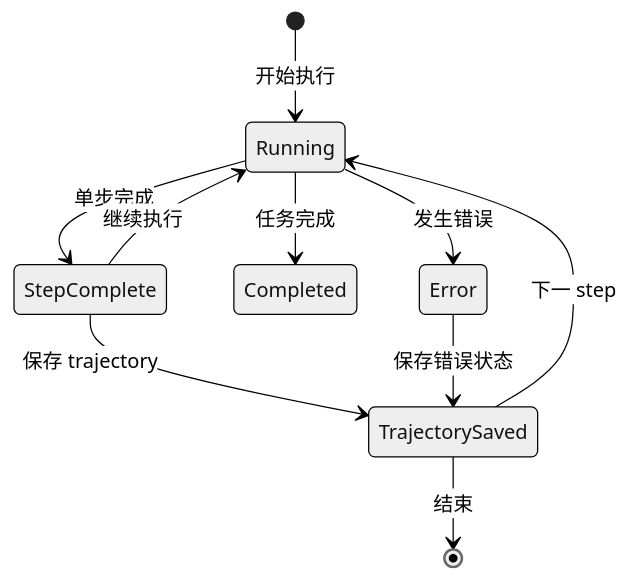
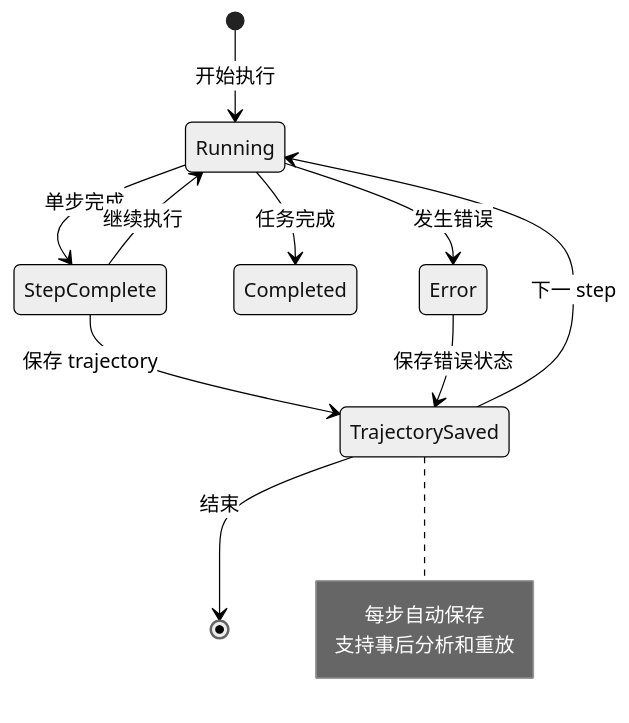
The second of 6 diagrams in docs/swe-agent/questions/swe-agent-revert-user-edit-conflict.md (giraffe-tree/agent-base), drawn with Mermaid (neutral theme) before and after one commit. The commit also changed other lines of this file and 155 other files, not shown here.

````diff
--- a/docs/swe-agent/questions/swe-agent-revert-user-edit-conflict.md
+++ b/docs/swe-agent/questions/swe-agent-revert-user-edit-conflict.md
@@ -112,12 +156,17 @@
 ```mermaid
 stateDiagram-v2
     [*] --> Running: 开始执行
     Running --> StepComplete: 单步完成
     StepComplete --> Running: 继续执行
     StepComplete --> TrajectorySaved: 保存 trajectory
     TrajectorySaved --> Running: 下一 step
     Running --> Completed: 任务完成
     Running --> Error: 发生错误
     Error --> TrajectorySaved: 保存错误状态
     TrajectorySaved --> [*]: 结束
+
+    note right of TrajectorySaved
+        每步自动保存
+        支持事后分析和重放
+    end note
 ```
````
